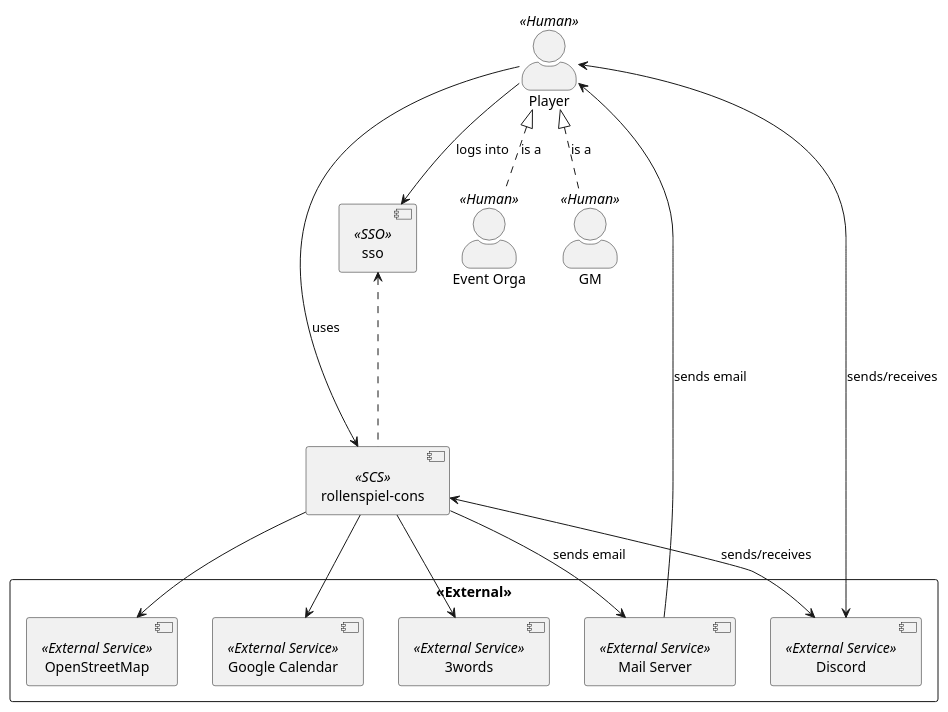
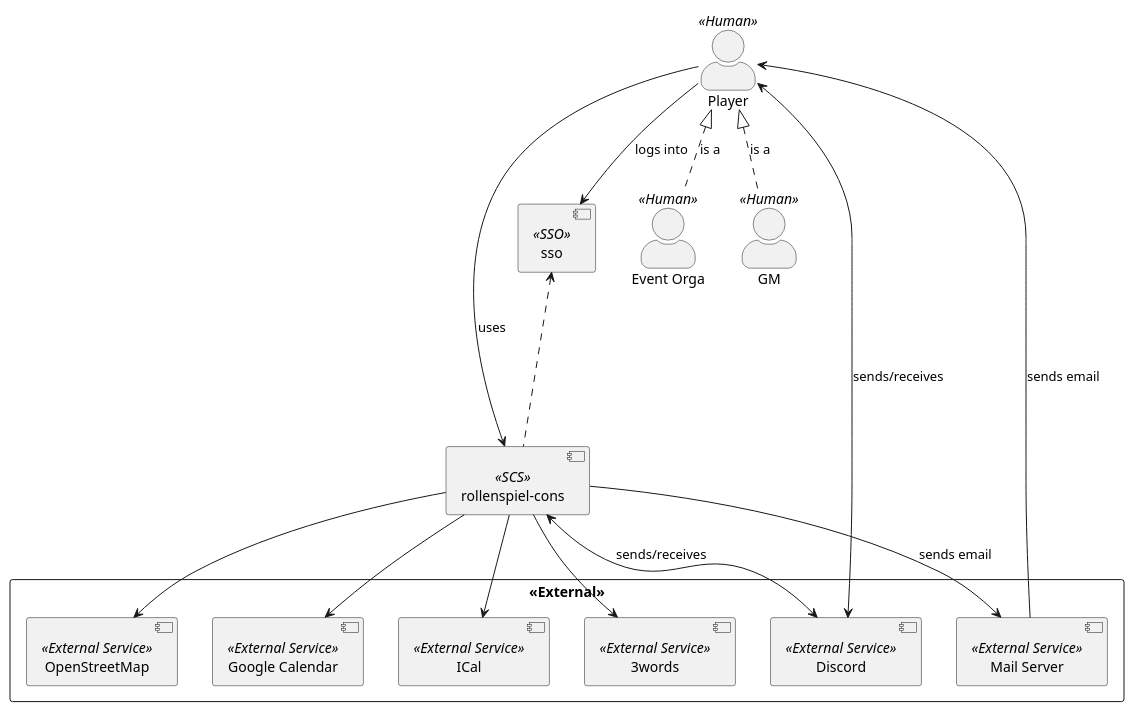
The diagram in docs/modules/arc42/pages/03_system_scope_and_context/business-context.adoc (Paladins-Inn/rollenspiel-cons), drawn with PlantUML before and after one commit. The commit also changed other lines of this file and 15 other files, not shown here.

```diff
--- a/docs/modules/arc42/pages/03_system_scope_and_context/business-context.adoc
+++ b/docs/modules/arc42/pages/03_system_scope_and_context/business-context.adoc
@@ -6,41 +6,43 @@
 [plantuml,business-context,svg]
 ----
 @startuml
 skinparam actorStyle awesome
 
 together {
   :Event Orga: as orga << Human >>
   :Player: as player << Human >>
   :GM: as gm << Human >>
 }
 
 rectangle <<External>> {
   [Discord] as discord << External Service >>
   [Google Calendar] as gcal << External Service >>
+  [ICal] as ical << External Service >>
   [3words] as what3words << External Service >>
   [OpenStreetMap] as osm << External Service >>
   [Mail Server] as mail << External Service >>
 }
 
 
 gm    .u.|> player : is a
 orga  .u.|> player : is a
 
 [rollenspiel-cons] <<SCS>> as service
 [sso] <<SSO>> as sso
 
 player <--> discord : sends/receives
 player --> service : uses
 player --> sso : logs into
 
 service <--> discord : sends/receives
 service --> gcal
+service --> ical
 service --> what3words
 service --> osm
 
 mail <-- service : sends email
 mail --> player : sends email
 
 sso <-.- service
 @enduml
 ----
```
